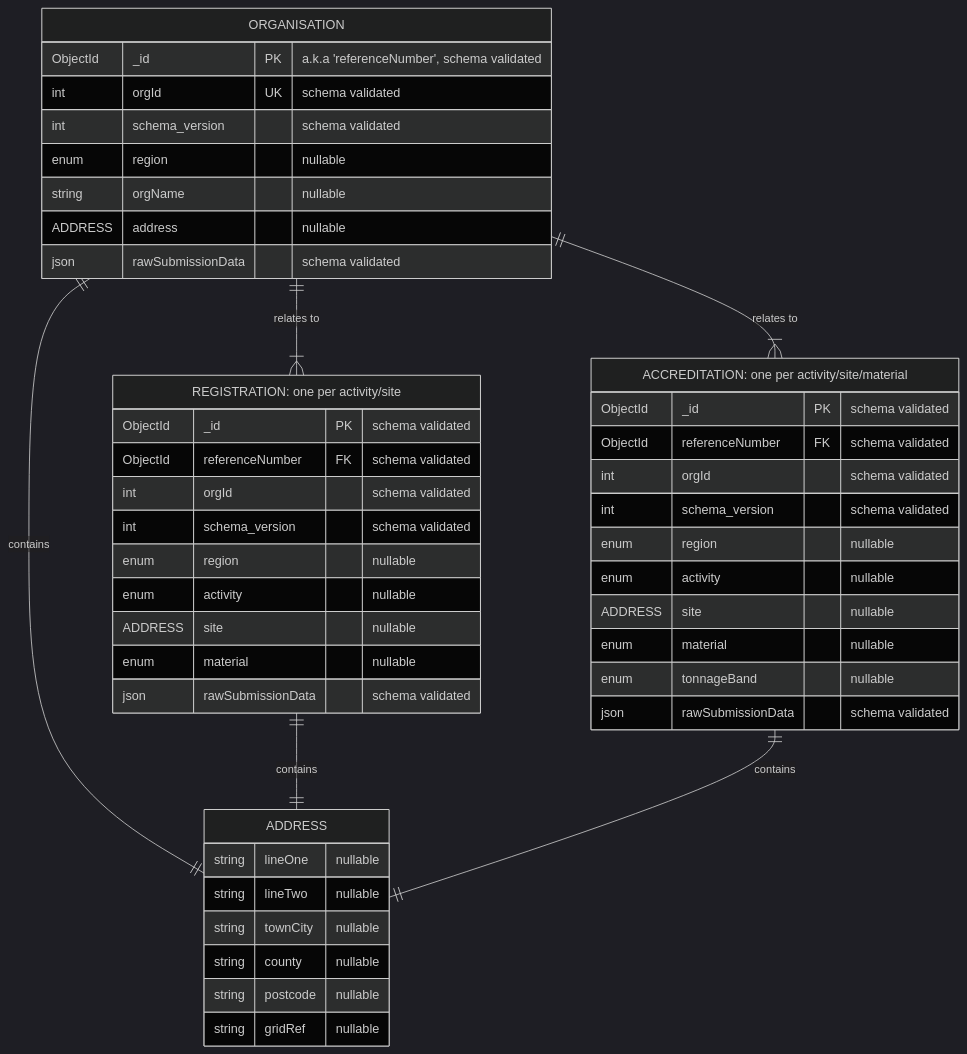
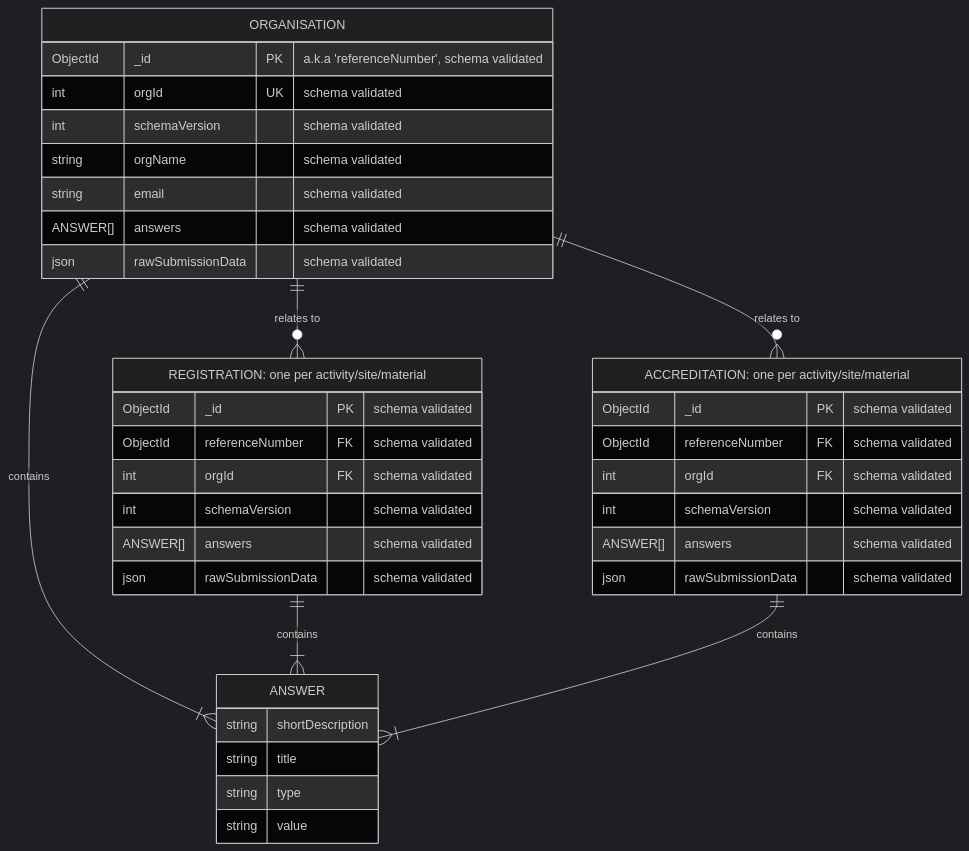
The tenth of 10 diagrams in docs/architecture/defined/2025-reg-acc-lld.md (DEFRA/epr-backend), drawn with Mermaid (dark theme) before and after one commit. The commit also changed other lines of this file and 26 other files, not shown here.

````diff
--- a/docs/architecture/defined/2025-reg-acc-lld.md
+++ b/docs/architecture/defined/2025-reg-acc-lld.md
@@ -277,61 +285,52 @@
 ```mermaid
 erDiagram
 
 %% Entities
 ORGANISATION
-REGISTRATION["REGISTRATION: one per activity/site"]
+REGISTRATION["REGISTRATION: one per activity/site/material"]
 ACCREDITATION["ACCREDITATION: one per activity/site/material"]
-ADDRESS
+ANSWER
 
 %% Structure
 ORGANISATION {
   ObjectId _id PK "a.k.a 'referenceNumber', schema validated"
   int orgId UK "schema validated"
-  int schema_version "schema validated"
-  enum region "nullable"
-  string orgName "nullable"
-  ADDRESS address "nullable"
+  int schemaVersion "schema validated"
+  string orgName "schema validated"
+  string email "schema validated"
+  ANSWER[] answers "schema validated"
   json rawSubmissionData "schema validated"
 }
 
 REGISTRATION {
   ObjectId _id PK "schema validated"
   ObjectId referenceNumber FK "schema validated"
-  int orgId "schema validated"
-  int schema_version "schema validated"
-  enum region "nullable"
-  enum activity "nullable"
-  ADDRESS site "nullable"
-  enum material "nullable"
+  int orgId FK "schema validated"
+  int schemaVersion "schema validated"
+  ANSWER[] answers "schema validated"
   json rawSubmissionData "schema validated"
 }
 
 ACCREDITATION {
   ObjectId _id PK "schema validated"
   ObjectId referenceNumber FK "schema validated"
-  int orgId "schema validated"
-  int schema_version "schema validated"
-  enum region "nullable"
-  enum activity "nullable"
-  ADDRESS site "nullable"
-  enum material "nullable"
-  enum tonnageBand "nullable"
+  int orgId FK "schema validated"
+  int schemaVersion "schema validated"
+  ANSWER[] answers "schema validated"
   json rawSubmissionData "schema validated"
 }
 
-ADDRESS {
-  string lineOne "nullable"
-  string lineTwo "nullable"
-  string townCity "nullable"
-  string county "nullable"
-  string postcode "nullable"
-  string gridRef "nullable"
+ANSWER {
+  string shortDescription
+  string title
+  string type
+  string value
 }
 
 %% Relationships
-ORGANISATION ||--|| ADDRESS : contains
-REGISTRATION ||--|| ADDRESS : contains
-ACCREDITATION ||--|| ADDRESS : contains
-ORGANISATION ||--|{ REGISTRATION : "relates to"
-ORGANISATION ||--|{ ACCREDITATION : "relates to"
+ORGANISATION ||--|{ ANSWER : contains
+REGISTRATION ||--|{ ANSWER : contains
+ACCREDITATION ||--|{ ANSWER : contains
+ORGANISATION ||--o{ REGISTRATION : "relates to"
+ORGANISATION ||--o{ ACCREDITATION : "relates to"
 ```
````
